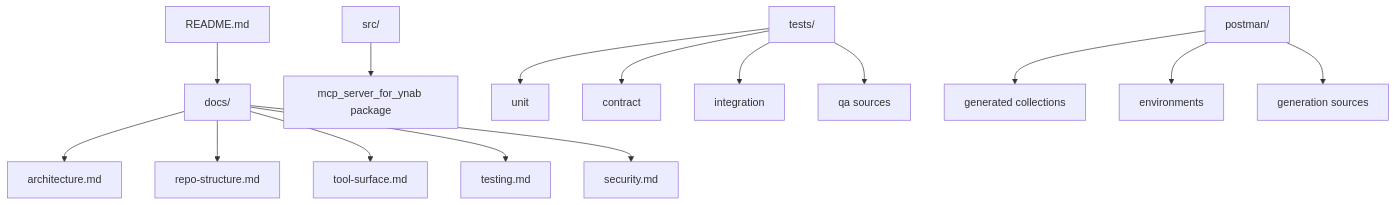
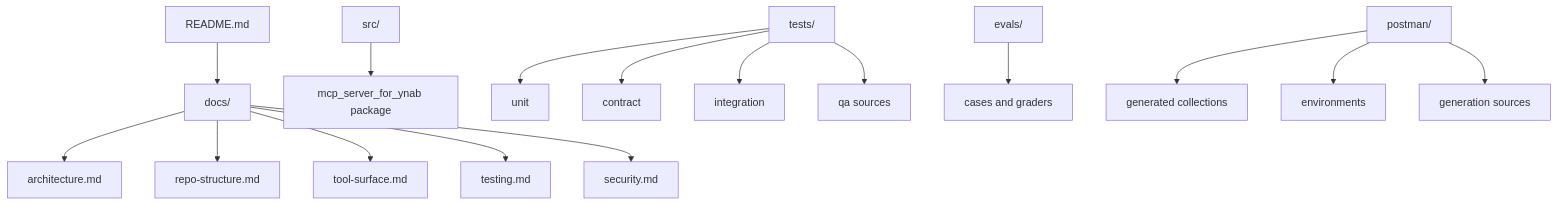
Before and after one commit to hs737/mcp-server-for-ynab: the diagram in docs/repo-structure.md, drawn with Mermaid. The commit also changed other lines of this file and 82 other files, not shown here.

````diff
--- a/docs/repo-structure.md
+++ b/docs/repo-structure.md
@@ -41,17 +42,18 @@
 ```mermaid
 flowchart TD
     A["README.md"] --> B["docs/"]
     B --> C["architecture.md"]
     B --> D["repo-structure.md"]
     B --> E["tool-surface.md"]
     B --> F["testing.md"]
     B --> G["security.md"]
     H["src/"] --> I["mcp_server_for_ynab package"]
     J["tests/"] --> K["unit"]
     J --> L["contract"]
     J --> M["integration"]
     J --> N["qa sources"]
+    R2["evals/"] --> S2["cases and graders"]
     O["postman/"] --> P["generated collections"]
     O --> Q["environments"]
     O --> R["generation sources"]
 ```
````
